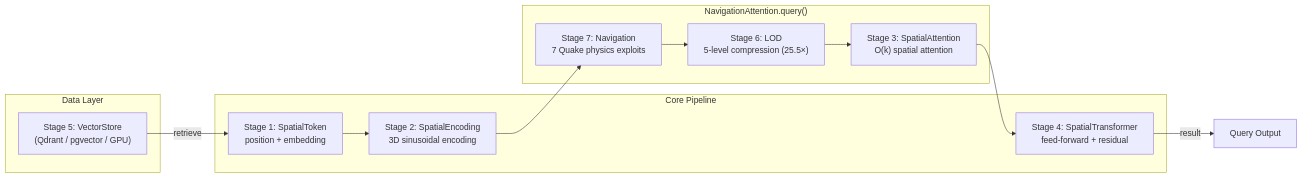
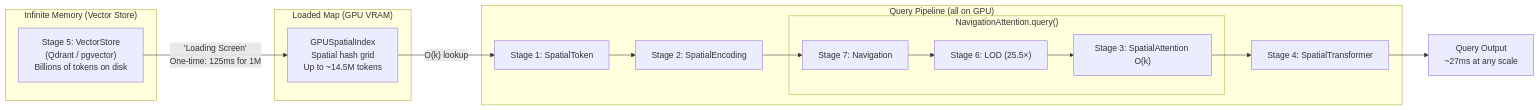
One commit to ch1pu/infinate changed the diagram in README.md. Above: the diagram before and after it, drawn with Mermaid. The commit also changed other lines of this file, not shown here.

First line of the commit message:
docs: add loading screen and map concept to Architecture section

````diff
--- a/README.md
+++ b/README.md
@@ -276,26 +276,32 @@
 ```mermaid
 graph LR
-    subgraph Data["Data Layer"]
-        S5["Stage 5: VectorStore\n(Qdrant / pgvector / GPU)"]
+    subgraph Storage["Infinite Memory (Vector Store)"]
+        VS["Stage 5: VectorStore\n(Qdrant / pgvector)\nBillions of tokens on disk"]
     end
 
-    subgraph Core["Core Pipeline"]
-        S1["Stage 1: SpatialToken\nposition + embedding"]
-        S2["Stage 2: SpatialEncoding\n3D sinusoidal encoding"]
-        S4["Stage 4: SpatialTransformer\nfeed-forward + residual"]
+    subgraph VRAM["Loaded Map (GPU VRAM)"]
+        GI["GPUSpatialIndex\nSpatial hash grid\nUp to ~14.5M tokens"]
     end
 
-    subgraph NavBundle["NavigationAttention.query()"]
-        S3["Stage 3: SpatialAttention\nO(k) spatial attention"]
-        S6["Stage 6: LOD\n5-level compression (25.5×)"]
-        S7["Stage 7: Navigation\n7 Quake physics exploits"]
+    subgraph Pipeline["Query Pipeline (all on GPU)"]
+        S1["Stage 1: SpatialToken"]
+        S2["Stage 2: SpatialEncoding"]
+
+        subgraph NavBundle["NavigationAttention.query()"]
+            S7["Stage 7: Navigation"]
+            S6["Stage 6: LOD (25.5×)"]
+            S3["Stage 3: SpatialAttention O(k)"]
+        end
+
+        S4["Stage 4: SpatialTransformer"]
     end
 
-    S5 -->|"retrieve"| S1
+    VS -->|"'Loading Screen'\nOne-time: 125ms for 1M"| GI
+    GI -->|"O(k) lookup"| S1
     S1 --> S2
     S2 --> S7
     S7 --> S6
     S6 --> S3
     S3 --> S4
-    S4 -->|"result"| Out["Query Output"]
+    S4 --> Out["Query Output\n~27ms at any scale"]
 ```
````
